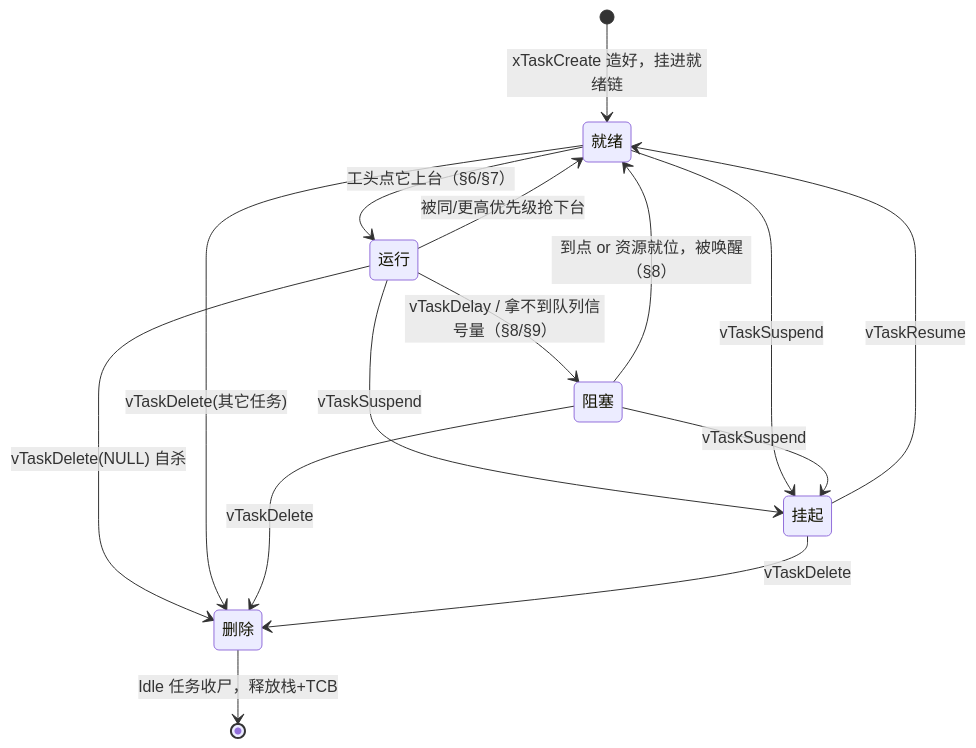
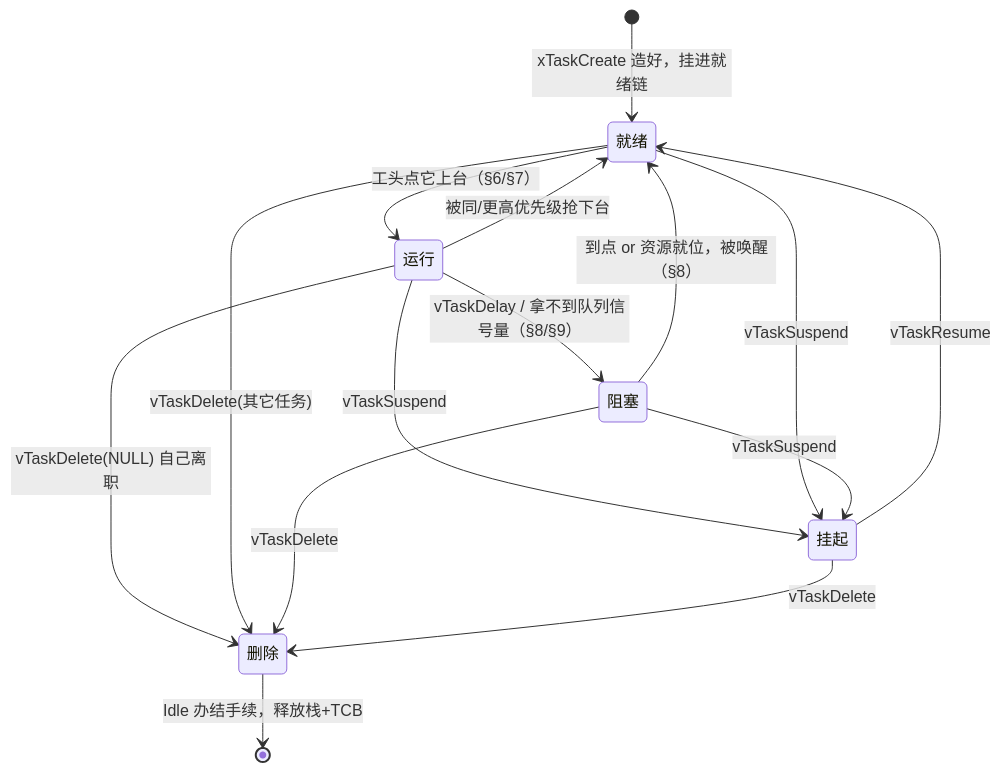
The third of 3 diagrams in tutorials/Chapter6_手撕FreeRTOS_底层核心机制/Chapter6_手撕FreeRTOS_底层核心机制.rewrite.md (MosyuSora/STM32F4Learning), drawn with Mermaid before and after one commit. The commit also changed other lines of this file, not shown here.

Commit message:
docs(ch6): reword §5/§18 delete metaphor 收尸/自杀 → 离职/办手续 (review-safe)

````diff
--- a/tutorials/Chapter6_手撕FreeRTOS_底层核心机制/Chapter6_手撕FreeRTOS_底层核心机制.rewrite.md
+++ b/tutorials/Chapter6_手撕FreeRTOS_底层核心机制/Chapter6_手撕FreeRTOS_底层核心机制.rewrite.md
@@ -1872,17 +1874,17 @@
 ```mermaid
 stateDiagram-v2
     [*] --> 就绪: xTaskCreate 造好，挂进就绪链
     就绪 --> 运行: 工头点它上台（§6/§7）
     运行 --> 就绪: 被同/更高优先级抢下台
     运行 --> 阻塞: vTaskDelay / 拿不到队列信号量（§8/§9）
     阻塞 --> 就绪: 到点 or 资源就位，被唤醒（§8）
     运行 --> 挂起: vTaskSuspend
     就绪 --> 挂起: vTaskSuspend
     阻塞 --> 挂起: vTaskSuspend
     挂起 --> 就绪: vTaskResume
-    运行 --> 删除: vTaskDelete(NULL) 自杀
+    运行 --> 删除: vTaskDelete(NULL) 自己离职
     就绪 --> 删除: vTaskDelete(其它任务)
     阻塞 --> 删除: vTaskDelete
     挂起 --> 删除: vTaskDelete
-    删除 --> [*]: Idle 任务收尸，释放栈+TCB
+    删除 --> [*]: Idle 办结手续，释放栈+TCB
 ```
````
